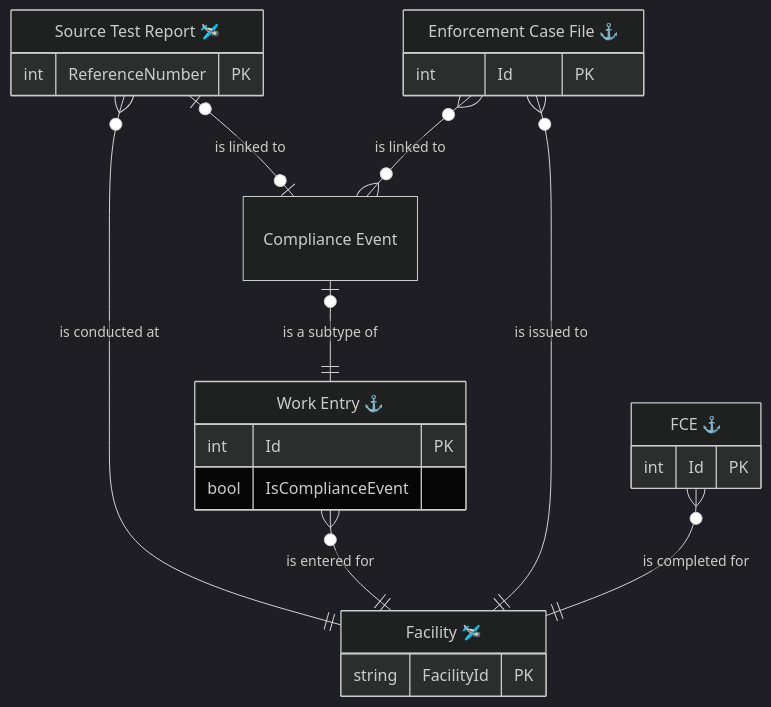
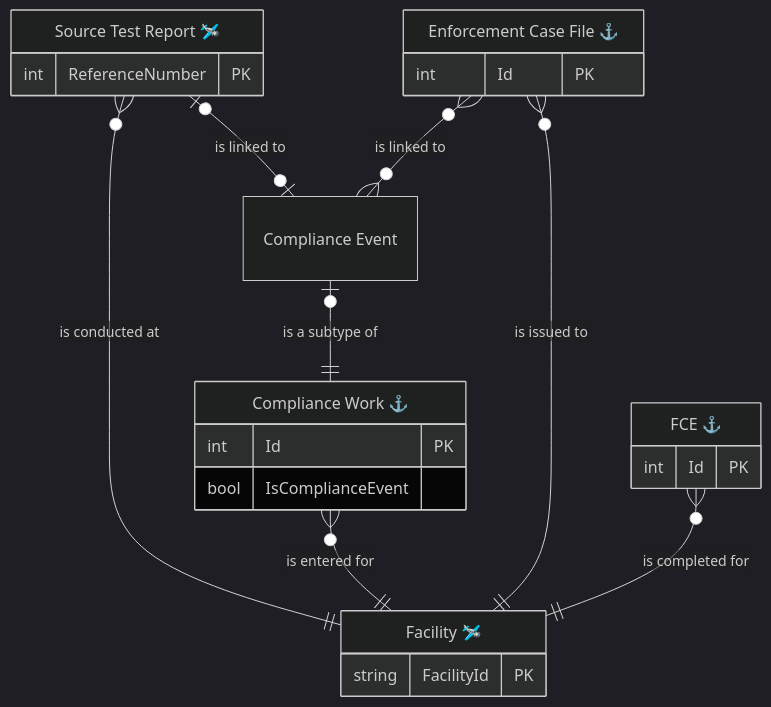
One commit to gaepdit/air-web changed the diagram in docs/Data-entities/Compliance-and-enforcement-relationship.md. Above: the diagram before and after it, drawn with Mermaid (dark theme). The commit also changed other lines of this file and 3 other files, not shown here.

````diff
--- a/docs/Data-entities/Compliance-and-enforcement-relationship.md
+++ b/docs/Data-entities/Compliance-and-enforcement-relationship.md
@@ -31,34 +31,34 @@
 ```mermaid
 erDiagram
     FAC["Facility 🛩️"] {
         string FacilityId PK
     }
 
     TST["Source Test Report 🛩️"] {
         int ReferenceNumber PK
     }
 
     FCE["FCE ⚓"] {
         int Id PK
     }
 
     CME["Compliance Event"]
 
-    WRK["Work Entry ⚓"] {
+    WRK["Compliance Work ⚓"] {
         int Id PK
         bool IsComplianceEvent
     }
 
     ENF["Enforcement Case File ⚓"] {
         int Id PK
     }
 
     TST }o--|| FAC: "is conducted at"
     WRK }o--|| FAC: "is entered for"
     ENF }o--|| FAC: "is issued to"
     FCE }o--|| FAC: "is completed for"
     TST |o--o| CME: "is linked to"
     CME |o--|| WRK: "is a subtype of"
     ENF }o--o{ CME: "is linked to"
 
 ```
````
